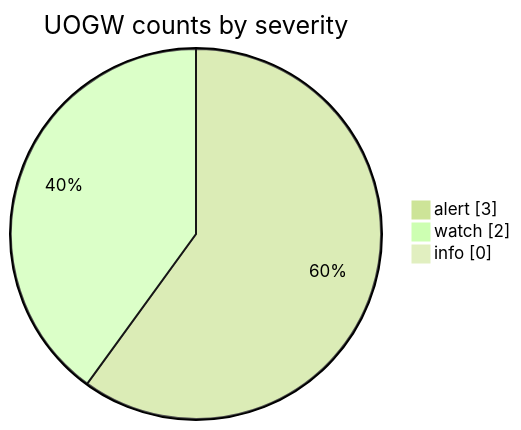
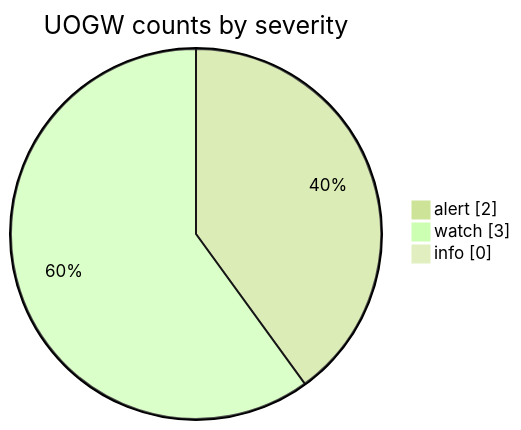
One commit to Midwest-Stratospheric/aerostratospheric-defense-gir changed the fourth of 6 diagrams in docs/GRAPHS.md. Above: the diagram before and after it, drawn with Mermaid (forest theme). The commit also changed other lines of this file and 26 other files, not shown here.

````diff
--- a/docs/GRAPHS.md
+++ b/docs/GRAPHS.md
@@ -66,7 +66,7 @@
 ```mermaid
 pie showData
   title UOGW counts by severity
-  "alert" : 3
-  "watch" : 2
+  "alert" : 2
+  "watch" : 3
   "info" : 0
 ```
````
